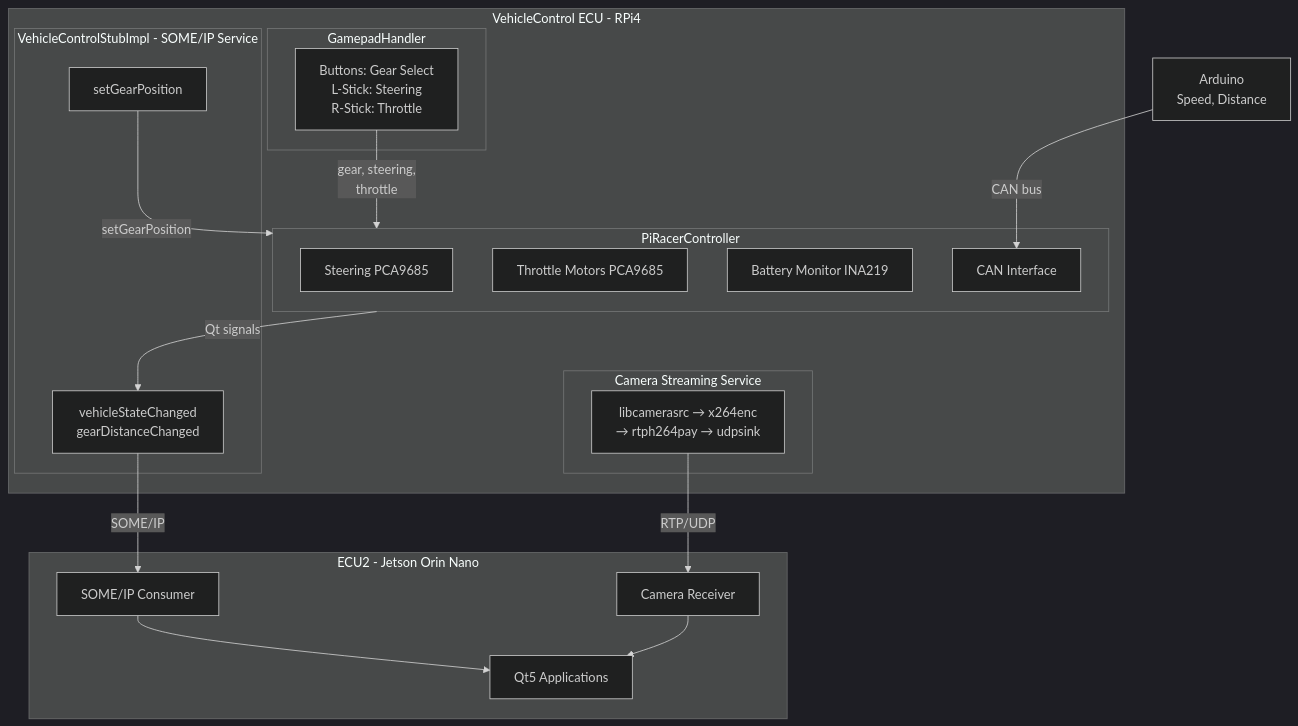
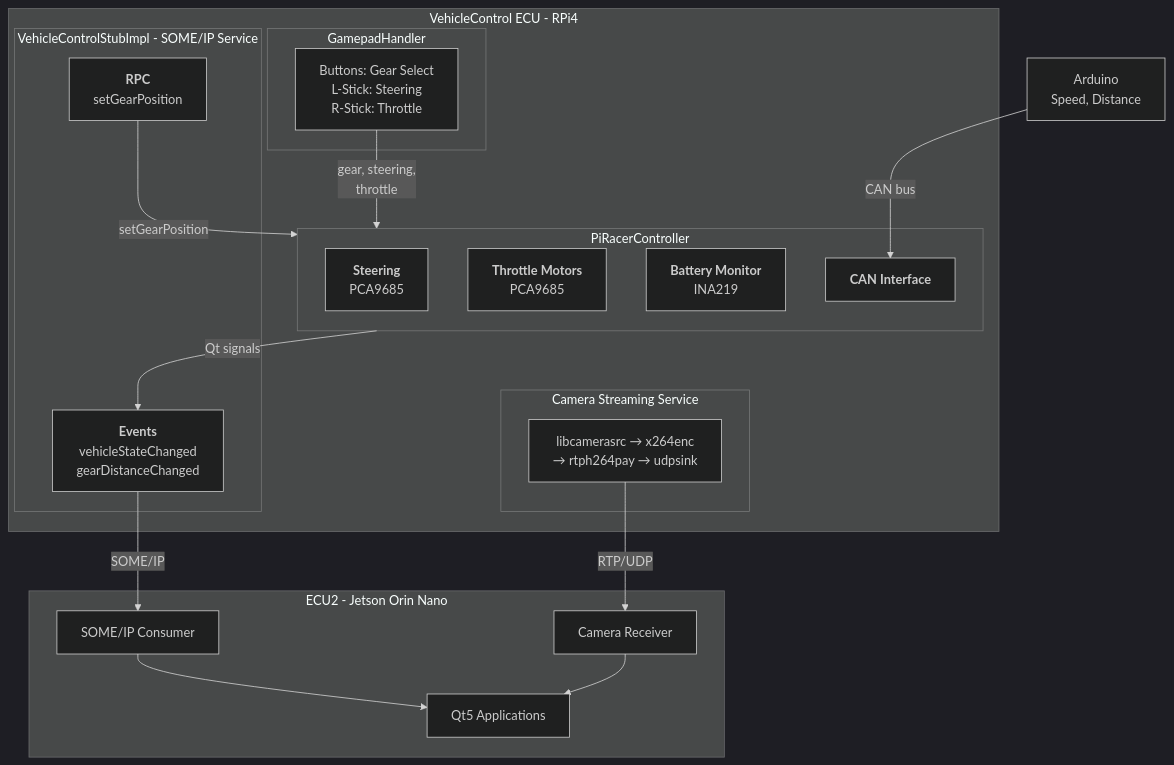
Before and after one commit to Changseok-Oh29/DES_Head-Unit: the diagram in README1.md, drawn with Mermaid (dark theme).

Commit message:
changed the software architecture diagram regarding the title and enter stuffs

````diff
--- a/README1.md
+++ b/README1.md
@@ -60,42 +60,42 @@
 ```mermaid
 graph TD
     Arduino["Arduino<br/>Speed, Distance"]
 
     subgraph ECU1["VehicleControl ECU - RPi4"]
 
         subgraph Gamepad["GamepadHandler"]
             GP_Buttons["Buttons: Gear Select<br/>L-Stick: Steering<br/>R-Stick: Throttle"]
         end
 
         subgraph PiRacer["PiRacerController"]
-            Steering["Steering PCA9685"]
-            Throttle["Throttle Motors PCA9685"]
-            Battery["Battery Monitor INA219"]
-            CAN["CAN Interface"]
+            Steering["<b>Steering</b><br/>PCA9685"]
+            Throttle["<b>Throttle Motors</b><br/>PCA9685"]
+            Battery["<b>Battery Monitor</b><br/>INA219"]
+            CAN["<b>CAN Interface</b>"]
         end
 
         subgraph Stub["VehicleControlStubImpl - SOME/IP Service"]
-            Events["vehicleStateChanged<br/>gearDistanceChanged"]
-            RPC["setGearPosition"]
+            Events["<b>Events</b><br/>vehicleStateChanged<br/>gearDistanceChanged"]
+            RPC["<b>RPC</b><br/>setGearPosition"]
         end
 
         subgraph Camera["Camera Streaming Service"]
             Pipeline["libcamerasrc → x264enc<br/>→ rtph264pay → udpsink"]
         end
     end
 
     subgraph ECU2["ECU2 - Jetson Orin Nano"]
         SOMEIP_Consumer["SOME/IP Consumer"]
         Camera_Receiver["Camera Receiver"]
         QtApps["Qt5 Applications"]
     end
 
     Arduino -- "CAN bus" --> CAN
     GP_Buttons -- "gear, steering,<br/>throttle" --> PiRacer
     PiRacer -- "Qt signals" --> Events
     RPC -- "setGearPosition" --> PiRacer
     Events -- "SOME/IP" --> SOMEIP_Consumer
     Pipeline -- "RTP/UDP" --> Camera_Receiver
     SOMEIP_Consumer --> QtApps
     Camera_Receiver --> QtApps
 ```
````
